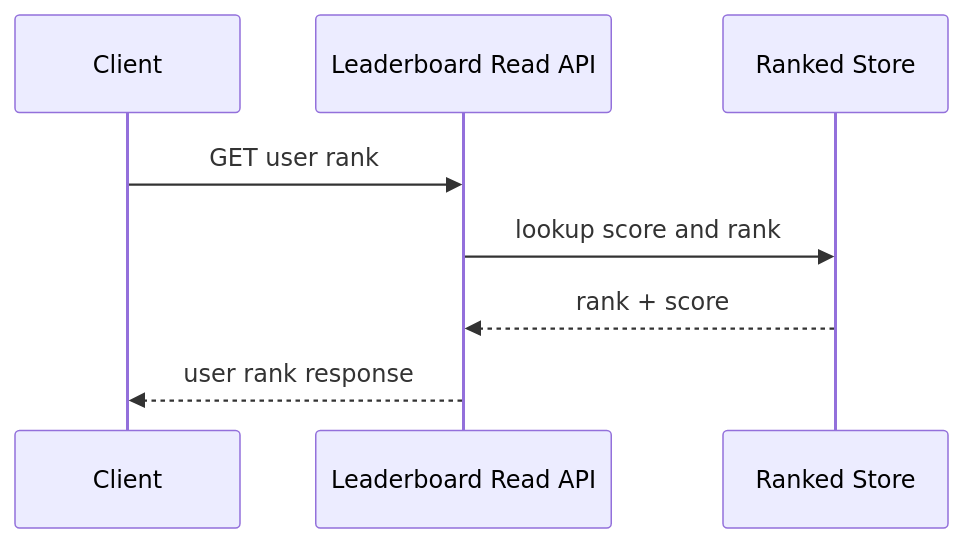
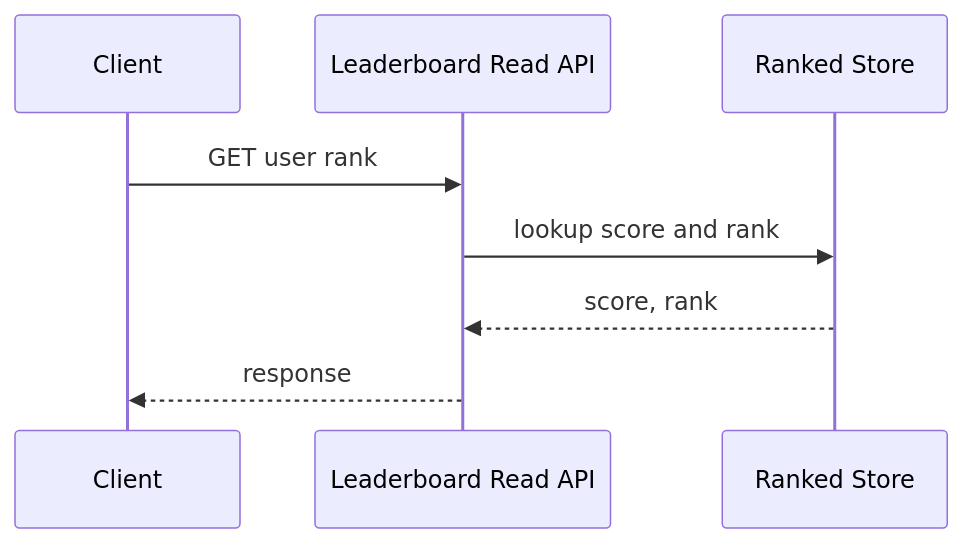
Before and after one commit to hitman-abhi/system-design-guide: the sixth of 13 diagrams in Case-Studies/leaderboard-system/leaderboardSystem.md, drawn with Mermaid. The commit also changed other lines of this file and 11 other files, not shown here.

````diff
--- a/Case-Studies/leaderboard-system/leaderboardSystem.md
+++ b/Case-Studies/leaderboard-system/leaderboardSystem.md
@@ -460,11 +499,11 @@
 ```mermaid
 sequenceDiagram
     participant C as Client
     participant READ as Leaderboard Read API
     participant RANK as Ranked Store
 
     C->>READ: GET user rank
     READ->>RANK: lookup score and rank
-    RANK-->>READ: rank + score
-    READ-->>C: user rank response
+    RANK-->>READ: score, rank
+    READ-->>C: response
 ```
````
